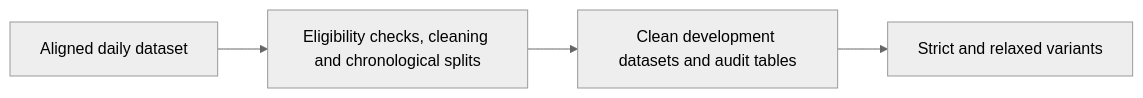
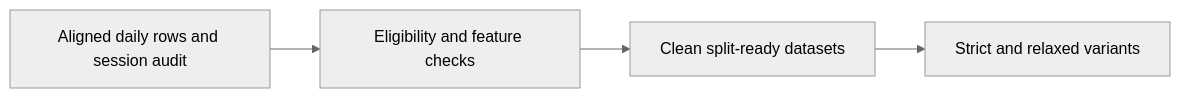
One commit to Ferreter/Dissertation changed the diagram in docs/notebooks/04_cleaning_modellingprep.md. Above: the diagram before and after it, drawn with Mermaid (neutral theme). The commit also changed other lines of this file and 27 other files, not shown here.

````diff
--- a/docs/notebooks/04_cleaning_modellingprep.md
+++ b/docs/notebooks/04_cleaning_modellingprep.md
@@ -12,6 +13,6 @@
 ```mermaid
 flowchart LR
-    A["Aligned daily dataset"] --> B["Eligibility checks, cleaning and chronological splits"]
-    B --> C["Clean development datasets and audit tables"]
+    A["Aligned daily rows and session audit"] --> B["Eligibility and feature checks"]
+    B --> C["Clean split-ready datasets"]
     C --> D["Strict and relaxed variants"]
 ```
````
